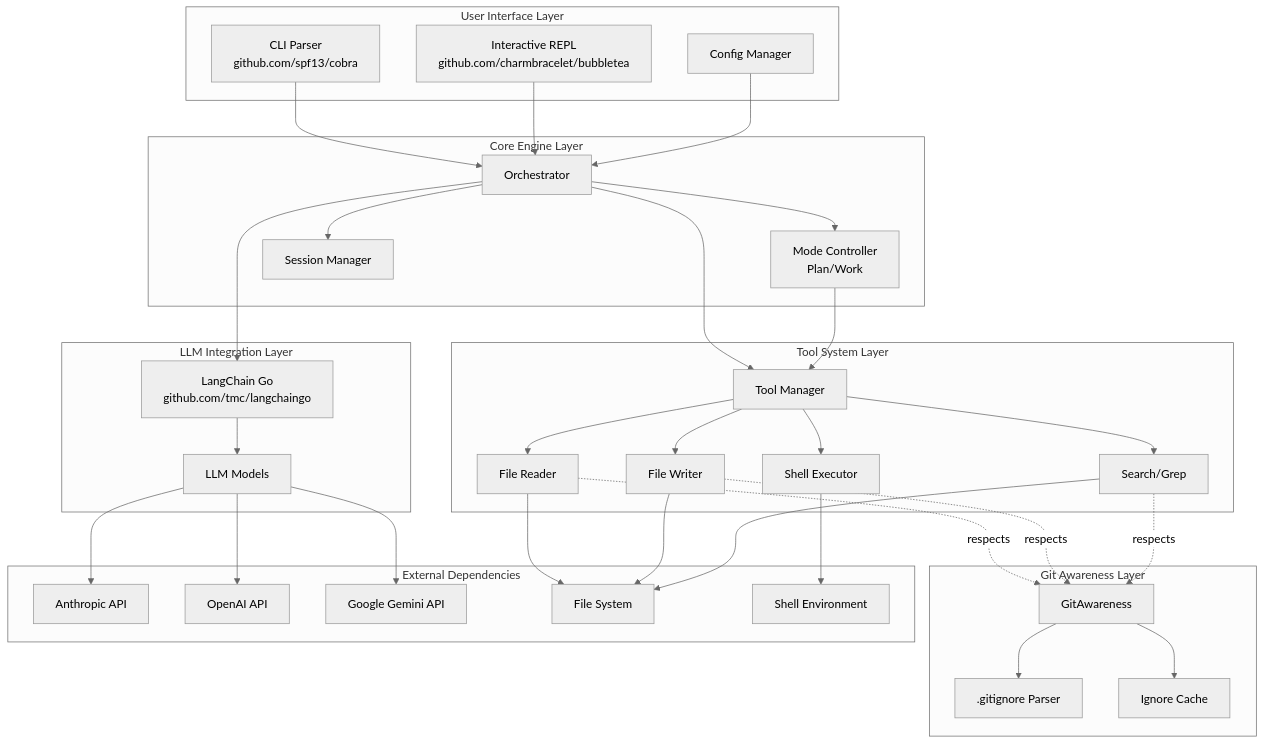
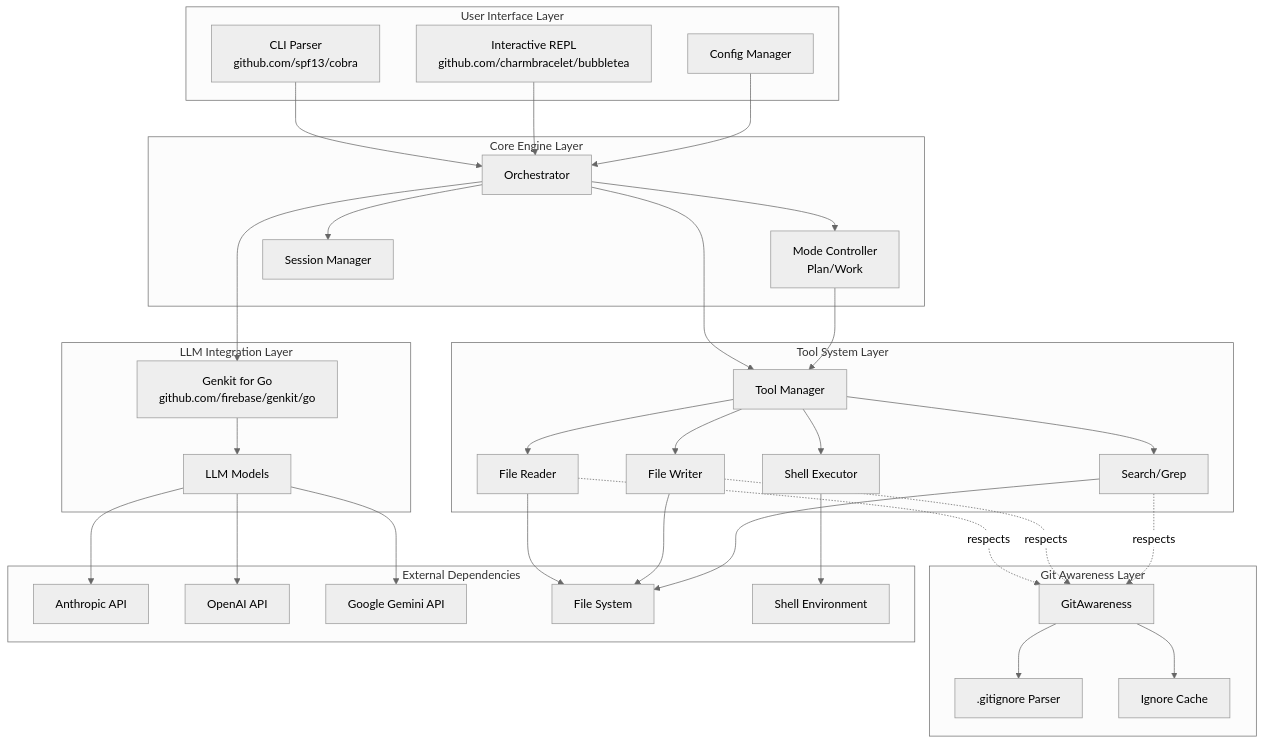
The first of 13 diagrams in .ai-interactions/outputs/phase-1/output-1_rfc.md (mochow13/keen-code), drawn with Mermaid (neutral theme) before and after one commit. The commit also changed other lines of this file and 19 other files, not shown here.

````diff
--- a/.ai-interactions/outputs/phase-1/output-1_rfc.md
+++ b/.ai-interactions/outputs/phase-1/output-1_rfc.md
@@ -13,67 +13,67 @@
 ```mermaid
 graph TB
     subgraph "User Interface Layer"
         CLI[CLI Parser<br/>github.com/spf13/cobra]
         REPL[Interactive REPL<br/>github.com/charmbracelet/bubbletea]
         CONFIG[Config Manager]
     end
 
     subgraph "Core Engine Layer"
         ORCH[Orchestrator]
         MODE[Mode Controller<br/>Plan/Work]
         SESSION[Session Manager]
     end
 
     subgraph "Tool System Layer"
         TOOLM[Tool Manager]
         FILE_READ[File Reader]
         FILE_WRITE[File Writer]
         SHELL[Shell Executor]
         GREP[Search/Grep]
     end
 
     subgraph "Git Awareness Layer"
         GIT[GitAwareness]
         GITIGNORE[.gitignore Parser]
         IGNORE_CACHE[Ignore Cache]
     end
 
     subgraph "LLM Integration Layer"
-        LANGCHAIN[LangChain Go<br/>github.com/tmc/langchaingo]
+        GENKIT[Genkit for Go<br/>github.com/firebase/genkit/go]
         MODELS[LLM Models]
     end
 
     subgraph "External Dependencies"
         ANTHROPIC_API[Anthropic API]
         OPENAI_API[OpenAI API]
         GEMINI_API[Google Gemini API]
         FILE_SYSTEM[File System]
         SHELL_ENV[Shell Environment]
     end
 
     CLI --> ORCH
     REPL --> ORCH
     CONFIG --> ORCH
     ORCH --> MODE
     ORCH --> SESSION
     ORCH --> TOOLM
     MODE --> TOOLM
     TOOLM --> FILE_READ
     TOOLM --> FILE_WRITE
     TOOLM --> SHELL
     TOOLM --> GREP
-    ORCH --> LANGCHAIN
-    LANGCHAIN --> MODELS
+    ORCH --> GENKIT
+    GENKIT --> MODELS
     MODELS --> ANTHROPIC_API
     MODELS --> OPENAI_API
     MODELS --> GEMINI_API
     FILE_READ --> FILE_SYSTEM
     FILE_WRITE --> FILE_SYSTEM
     SHELL --> SHELL_ENV
     GREP --> FILE_SYSTEM
     GIT --> GITIGNORE
     GIT --> IGNORE_CACHE
     FILE_READ -.->|respects| GIT
     FILE_WRITE -.->|respects| GIT
     GREP -.->|respects| GIT
 ```
````
